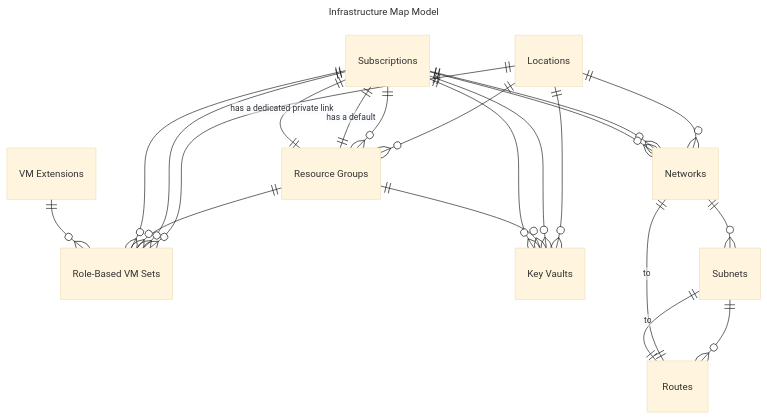
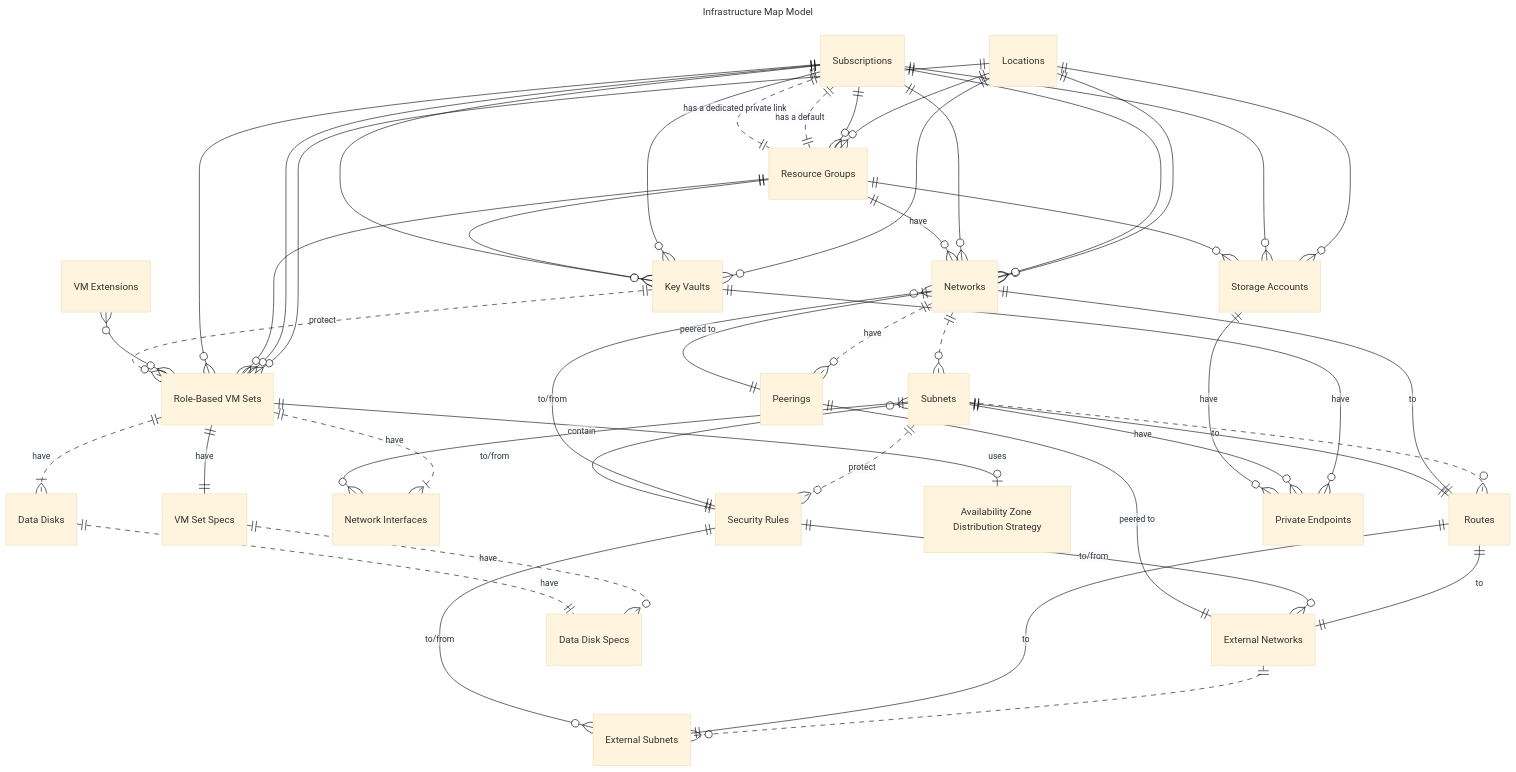
Before and after one commit to Azure/relational-infrastructure: the diagram in README.md, drawn with Mermaid (base theme). The commit also changed other lines of this file, not shown here.

````diff
--- a/README.md
+++ b/README.md
@@ -23,26 +23,52 @@
 ```mermaid
 ---
 title: Infrastructure Map Model
 ---
 erDiagram
   Locations ||--o{ "Resource Groups" : ""
   Locations ||--o{ "Networks" : ""
   Locations ||--o{ "Role-Based VM Sets" : ""
   Locations ||--o{ "Key Vaults" : ""
+  Locations ||--o{ "Storage Accounts" : ""
   Subscriptions ||--o{ "Key Vaults" : ""
   Subscriptions ||--o{ "Resource Groups" : ""
   Subscriptions ||--o{ "Networks" : ""
   Subscriptions ||--o{ "Role-Based VM Sets" : ""
+  Subscriptions ||--o{ "Storage Accounts" : ""
   "Resource Groups" ||--o{ "Role-Based VM Sets" : ""
   "Resource Groups" ||--o{ "Key Vaults" : ""
-  "Subscriptions" ||--|| "Resource Groups" : "has a default"
-  "Subscriptions" ||--|| "Resource Groups" : "has a dedicated private link"
+  "Resource Groups" ||--o{ "Storage Accounts" : ""
+  "Subscriptions" ||..|| "Resource Groups" : "has a default"
+  "Subscriptions" ||..|| "Resource Groups" : "has a dedicated private link"
   "Subscriptions" ||--o{ "Networks" : ""
   "Subscriptions" ||--o{ "Role-Based VM Sets" : ""
   "Subscriptions" ||--o{ "Key Vaults" : ""
-  "VM Extensions" ||--o{ "Role-Based VM Sets" : ""
-  "Networks" ||--o{ "Subnets" : ""
-  "Subnets" ||--o{ "Routes" : ""
+  "VM Extensions" }o--o{ "Role-Based VM Sets" : ""
+  "Networks" ||..o{ "Subnets" : ""
+  "External Networks" ||..o{ "External Subnets" : ""
+  "Subnets" ||..o{ "Routes" : ""
   "Routes" ||--|| "Networks" : "to"
+  "Routes" ||--|| "External Networks" : "to"
   "Routes" ||--|| "Subnets" : "to"
+  "Routes" ||--|| "External Subnets" : "to"
+  "Subnets" ||..o{ "Security Rules" : "protect"
+  "Security Rules" ||--o{ "Networks" : "to/from"
+  "Security Rules" ||--o{ "Subnets" : "to/from"
+  "Security Rules" ||--o{ "External Networks" : "to/from"
+  "Security Rules" ||--o{ "External Subnets" : "to/from"
+  "Key Vaults" ||..o{ "Role-Based VM Sets" : "protect"
+  "Role-Based VM Sets" ||..|{ "Network Interfaces" : "have"
+  "Role-Based VM Sets" ||..|{ "Data Disks" : "have"
+  "Subnets" ||--o{ "Network Interfaces" : "contain"
+  "Role-Based VM Sets" ||--o| "Availability Zone Distribution Strategy" : "uses"
+  "Role-Based VM Sets" ||--|| "VM Set Specs" : "have"
+  "VM Set Specs" ||..o{ "Data Disk Specs" : "have"
+  "Data Disks" ||..|| "Data Disk Specs" : "have"
+  "Resource Groups" ||--o{ "Networks" : "have"
+  "Key Vaults" ||--o{ "Private Endpoints" : "have"
+  "Subnets" ||--o{ "Private Endpoints" : "have"
+  "Storage Accounts" ||--o{ "Private Endpoints" : "have"
+  "Networks" ||..o{ "Peerings" : "have"
+  "Peerings" ||--|| "Networks" : "peered to"
+  "Peerings" ||--|| "External Networks" : "peered to"
 ```
````
